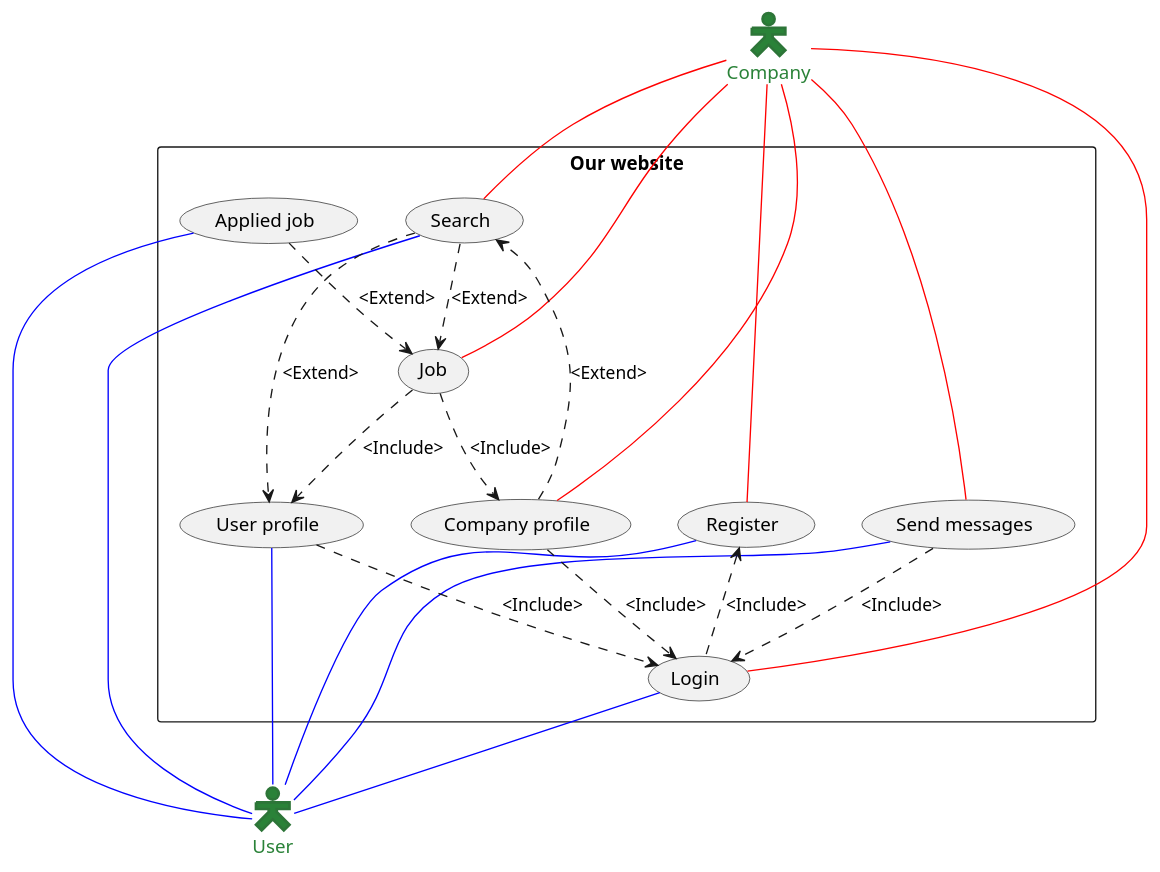
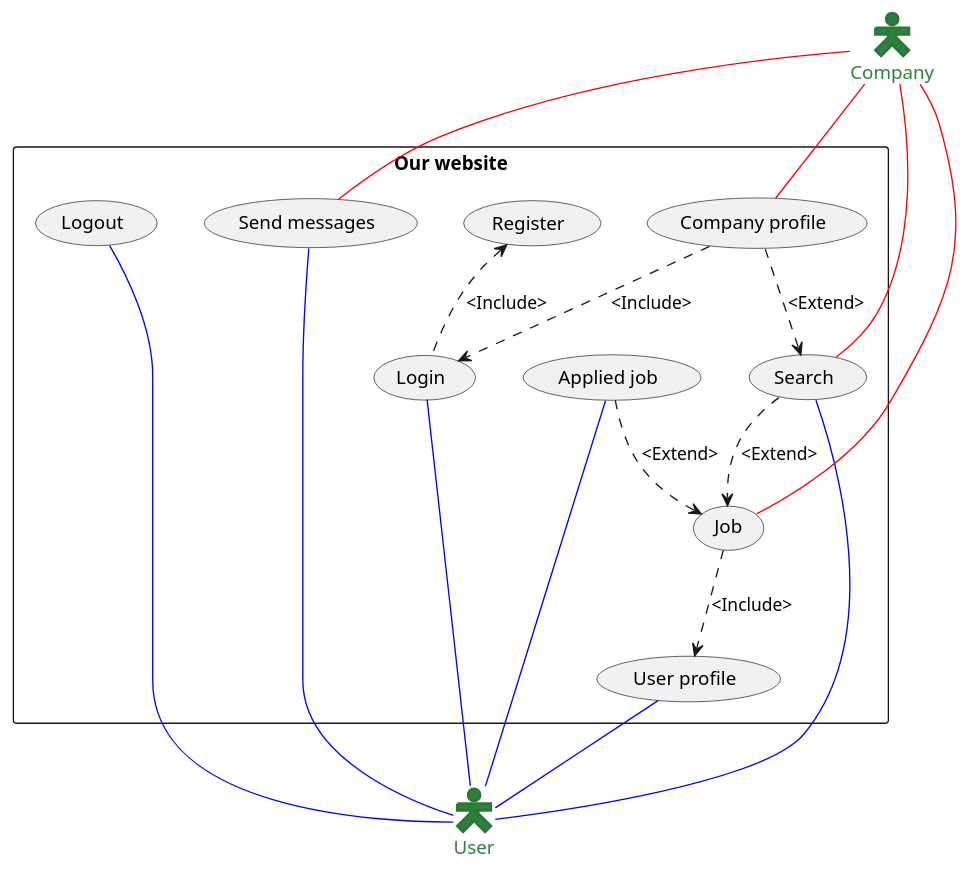
The diagram in Level_2/Term_2/Software Engineering/Projects/Project_1/UML/use case.puml (anaselgarhy/University-old), drawn with PlantUML before and after one commit. The commit also changed 6 other files, not shown here.

```diff
--- a/Level_2/Term_2/Software Engineering/Projects/Project_1/UML/use case.puml
+++ b/Level_2/Term_2/Software Engineering/Projects/Project_1/UML/use case.puml
@@ -1,39 +1,38 @@
 @startuml
 'https://plantuml.com/use-case-diagram
 skinparam actorStyle Hollow
 ' Styling
 actor User #2a8238;line:2d7538;line.bold;text:2a8238
 actor Company #2a8238;line:2d7538;line.bold;text:2a8238
 
 ' The base use cases
 rectangle "Our website" {
     ' User
     User -up- (Login) #blue
-    User -up- (Register) #blue
     User -up- (Send messages) #blue
     User -up- (Search) #blue
     User -up- (Applied job) #blue
     User -up- (User profile) #blue
+    User -up- (Logout) #blue
 
     ' Company
     Company -down- (Job) #red
-    Company -down- (Login) #red
-    Company -down- (Register) #red
+    ' Company -down- (Login) #red
     Company -down- (Search) #red
     Company -down- (Company profile) #red
     Company -down- (Send messages) #red
 
     ' Relationships
     (Login) .up.> (Register) : <Include>
     (Job) .down.> (User profile) : <Include>
     (Applied job) .down.> (Job) : <Extend>
-    (Send messages) .down.> (Login) : <Include>
-    (Search) .down.> (User profile) : <Extend>
+    ' (Send messages) .down.> (Login) : <Include>
+    ' (Search) .down.> (User profile) : <Extend>
     (Search) .down.> (Job) : <Extend>
-    (User profile) .down.> (Login) : <Include>
+    ' (User profile) .down.> (Login) : <Include>
 
     (Company profile) .down.> (Login) : <Include>
-    (Job) .down.> (Company profile) : <Include>
+    ' (Job) .down.> (Company profile) : <Include>
     (Company profile) .down.> (Search) : <Extend>
 }
 @enduml
```
